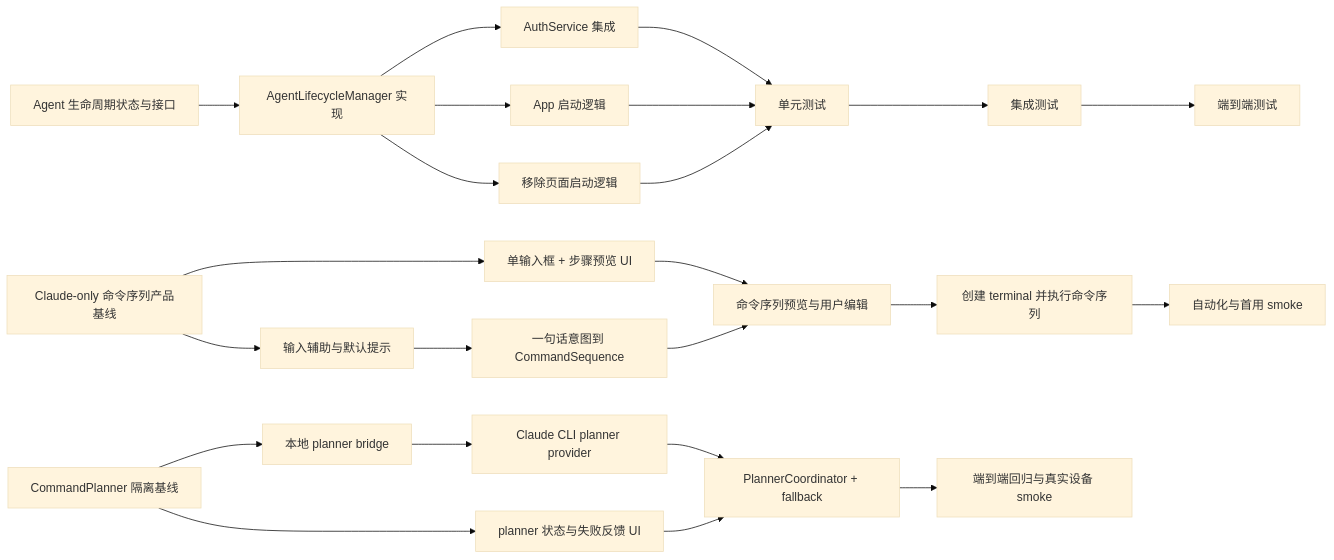
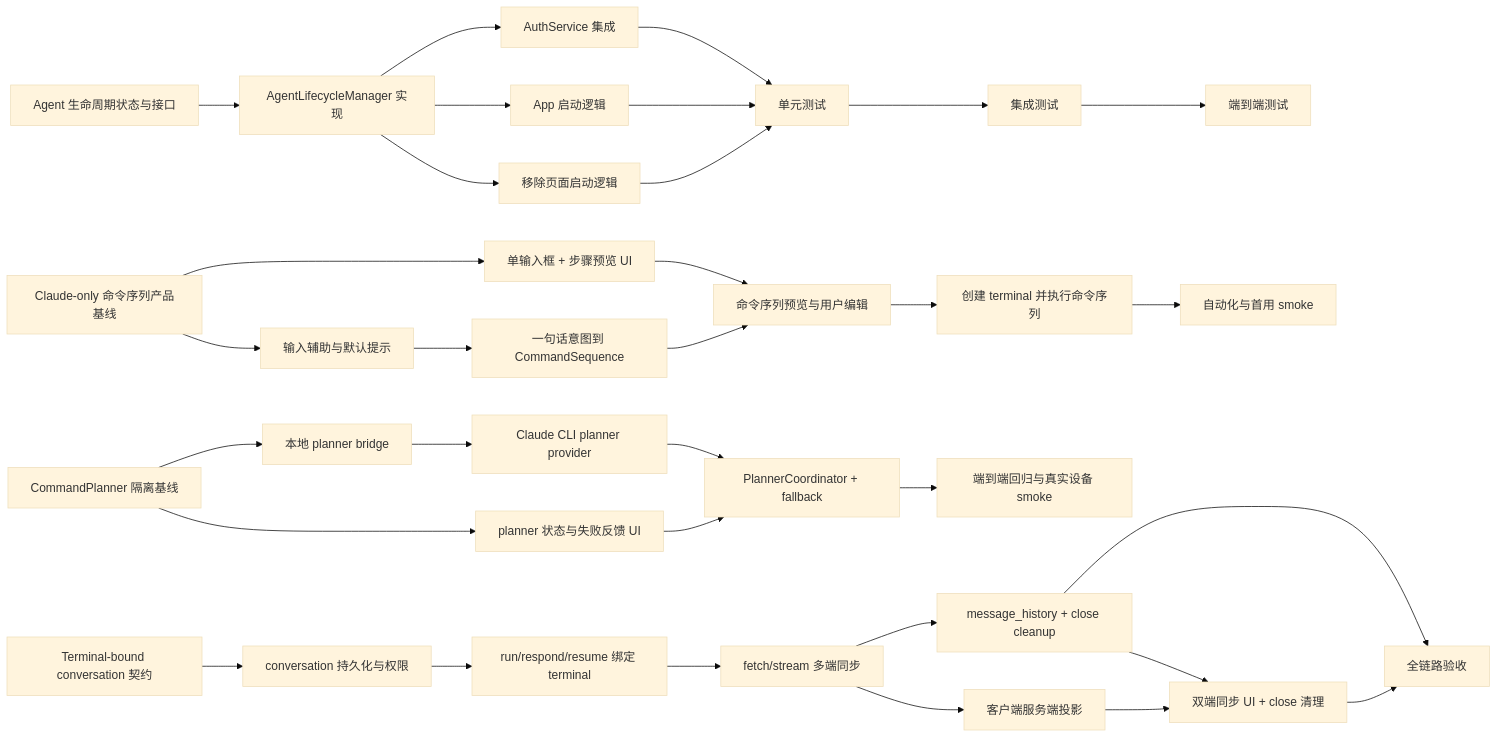
Before and after one commit to xiaolutang/remote-control: the diagram in .dev-flow/feature_map.md, drawn with Mermaid (base theme). The commit also changed other lines of this file and 31 other files, not shown here.

First line of the commit message:
feat(agent): R041 验证修复 + Agent conversation 双端同步

````diff
--- a/.dev-flow/feature_map.md
+++ b/.dev-flow/feature_map.md
@@ -116,30 +116,41 @@
 ```mermaid
 graph LR
     %% Phase: agent-lifecycle
     S024[Agent 生命周期状态与接口] --> F032[AgentLifecycleManager 实现]
     F032 --> F033[AuthService 集成]
     F032 --> F034[App 启动逻辑]
     F032 --> F035[移除页面启动逻辑]
     F033 --> F036[单元测试]
     F034 --> F036
     F035 --> F036
     F036 --> F037[集成测试]
     F037 --> F038[端到端测试]
 
     %% Phase: intelligent-terminal-entry
     S077[Claude-only 命令序列产品基线] --> F077[单输入框 + 步骤预览 UI]
     S077 --> F078[输入辅助与默认提示]
     F078 --> F079[一句话意图到 CommandSequence]
     F077 --> F082[命令序列预览与用户编辑]
     F079 --> F082
     F082 --> F080[创建 terminal 并执行命令序列]
     F080 --> F081[自动化与首用 smoke]
 
     %% Phase: planner-provider-isolation
     S078[CommandPlanner 隔离基线] --> B074[本地 planner bridge]
     S078 --> F086[planner 状态与失败反馈 UI]
     B074 --> F083[Claude CLI planner provider]
     F083 --> F084[PlannerCoordinator + fallback]
     F086 --> F084
     F084 --> F085[端到端回归与真实设备 smoke]
+
+    %% Phase: terminal-bound-agent-conversation
+    S083[Terminal-bound conversation 契约] --> B085[conversation 持久化与权限]
+    B085 --> B086[run/respond/resume 绑定 terminal]
+    B086 --> B087[fetch/stream 多端同步]
+    B087 --> B088[message_history + close cleanup]
+    B087 --> F101[客户端服务端投影]
+    B088 --> F102[双端同步 UI + close 清理]
+    F101 --> F102
+    B088 --> S084[全链路验收]
+    F102 --> S084
 ```
````
